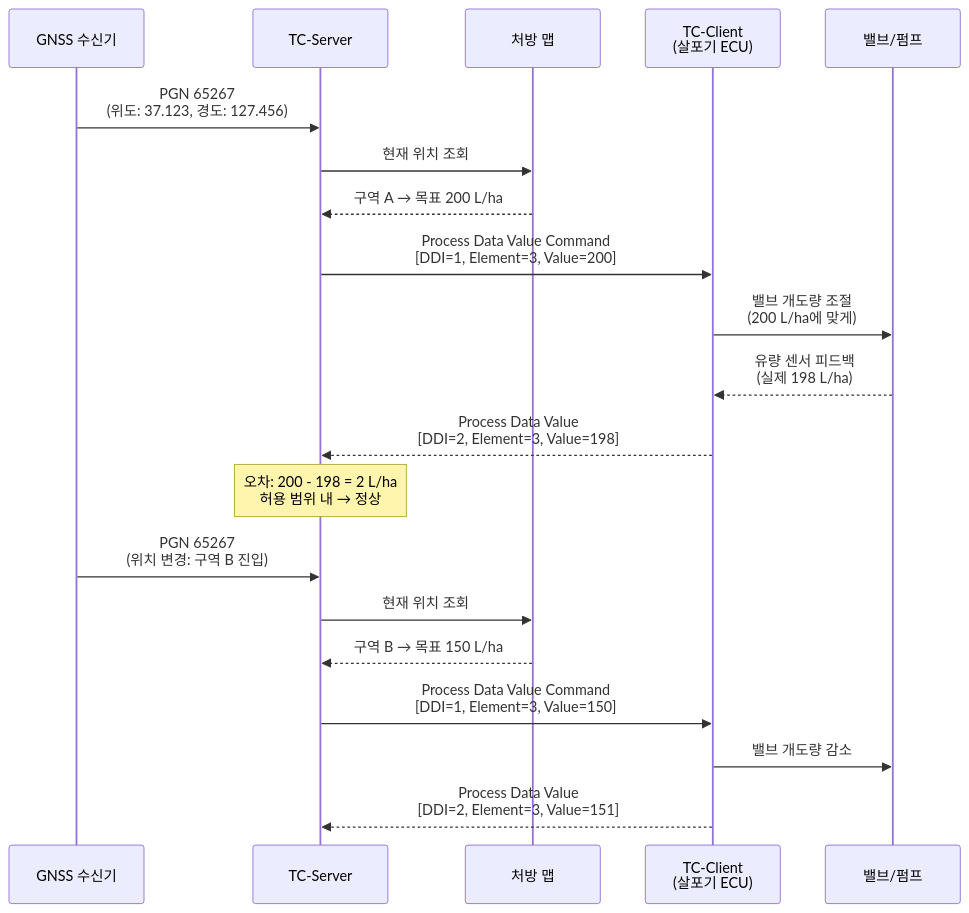
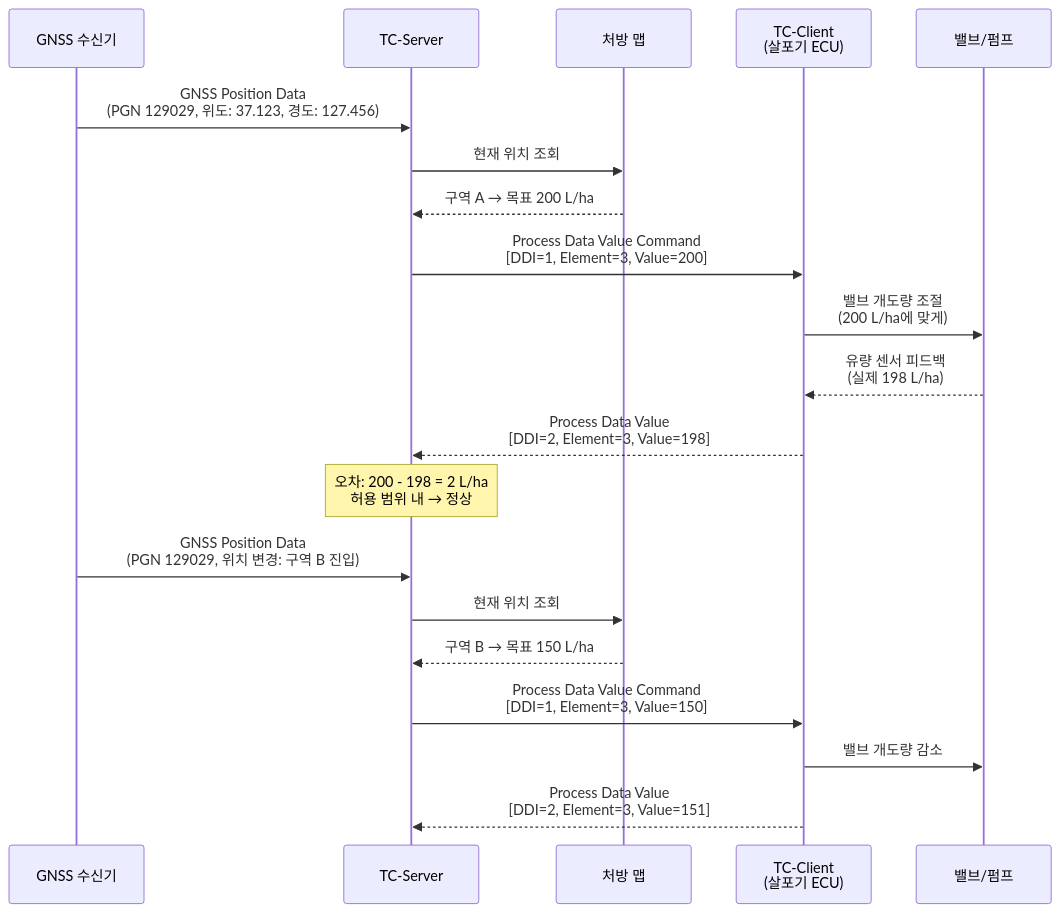
Before and after one commit to hobeen-kim/hobeen-kim.github.io: the fifth of 5 diagrams in docs/_study/isobus/19-tc-process-data.md, drawn with Mermaid. The commit also changed other lines of this file and 18 other files, not shown here.

````diff
--- a/docs/_study/isobus/19-tc-process-data.md
+++ b/docs/_study/isobus/19-tc-process-data.md
@@ -224,33 +237,33 @@
 ```mermaid
 sequenceDiagram
     participant GPS as GNSS 수신기
     participant TC as TC-Server
     participant MAP as 처방 맵
     participant CLIENT as TC-Client<br>(살포기 ECU)
     participant VALVE as 밸브/펌프
 
-    GPS ->> TC: PGN 65267<br>(위도: 37.123, 경도: 127.456)
+    GPS ->> TC: GNSS Position Data<br>(PGN 129029, 위도: 37.123, 경도: 127.456)
 
     TC ->> MAP: 현재 위치 조회
     MAP -->> TC: 구역 A → 목표 200 L/ha
 
     TC ->> CLIENT: Process Data Value Command<br>[DDI=1, Element=3, Value=200]
 
     CLIENT ->> VALVE: 밸브 개도량 조절<br>(200 L/ha에 맞게)
 
     VALVE -->> CLIENT: 유량 센서 피드백<br>(실제 198 L/ha)
 
     CLIENT -->> TC: Process Data Value<br>[DDI=2, Element=3, Value=198]
 
     Note over TC: 오차: 200 - 198 = 2 L/ha<br>허용 범위 내 → 정상
 
-    GPS ->> TC: PGN 65267<br>(위치 변경: 구역 B 진입)
+    GPS ->> TC: GNSS Position Data<br>(PGN 129029, 위치 변경: 구역 B 진입)
 
     TC ->> MAP: 현재 위치 조회
     MAP -->> TC: 구역 B → 목표 150 L/ha
 
     TC ->> CLIENT: Process Data Value Command<br>[DDI=1, Element=3, Value=150]
 
     CLIENT ->> VALVE: 밸브 개도량 감소
     CLIENT -->> TC: Process Data Value<br>[DDI=2, Element=3, Value=151]
 ```
````
